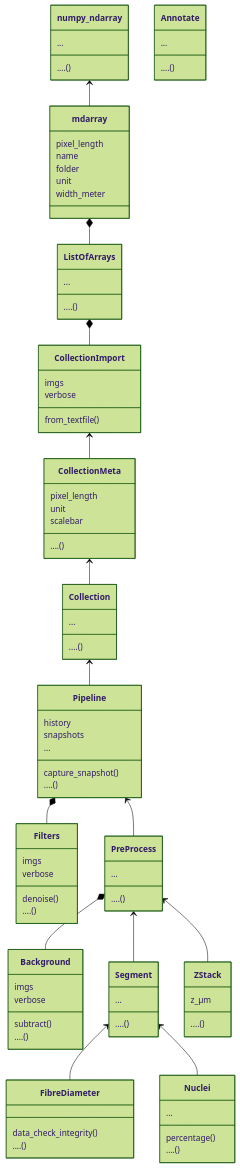
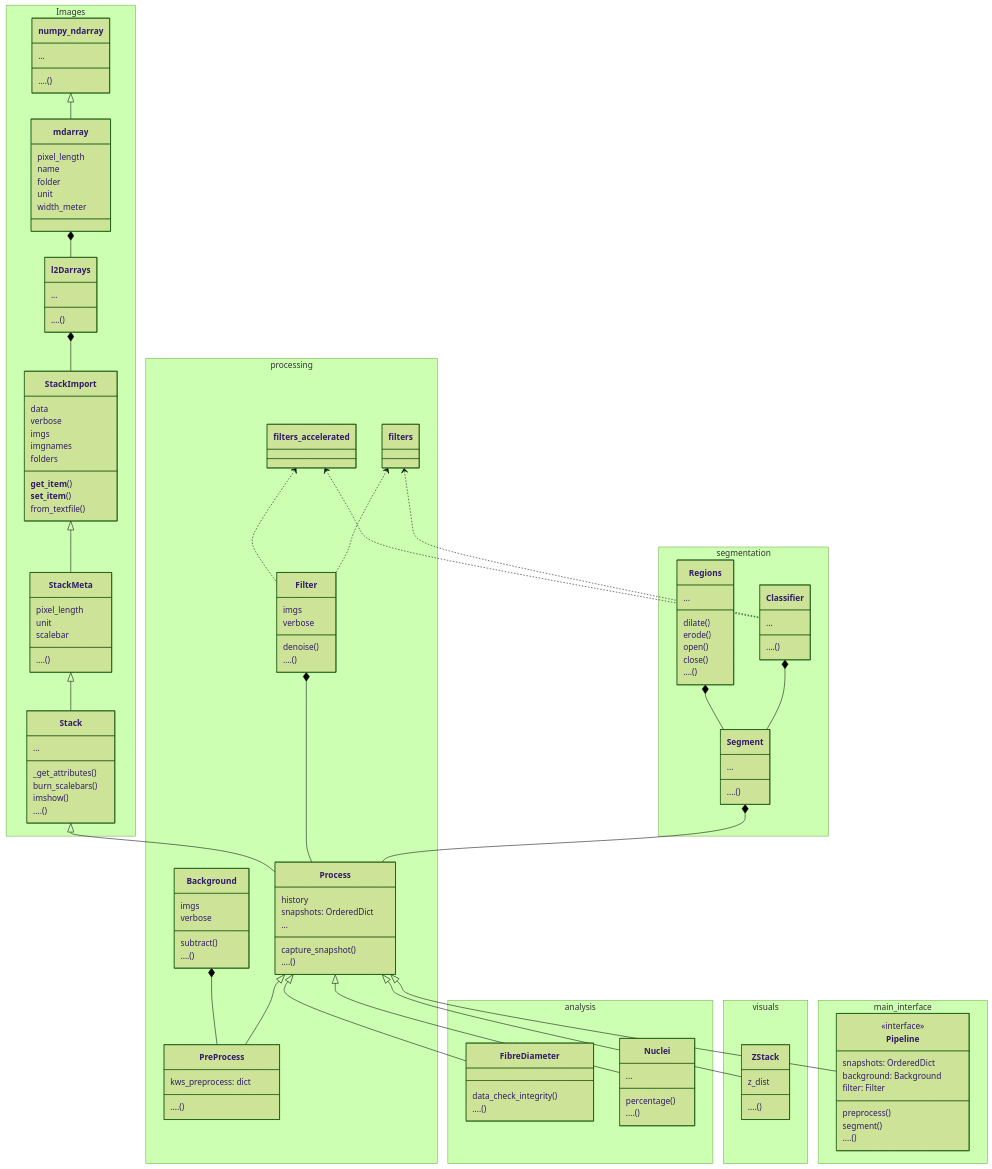
The diagram in README.md (markur4/a_shg_collagen), drawn with Mermaid (forest theme) before and after one commit. The commit also changed other lines of this file and 11 other files, not shown here.

````diff
--- a/README.md
+++ b/README.md
@@ -146,117 +146,158 @@
 
 classDiagram
    
+   %% == Import ======================================================
+   namespace Images {
+      class numpy_ndarray{
+         ...
+         ....()
+      }
+      class mdarray {
+         pixel_length
+         name
+         folder
+         unit
+         width_meter
+      }
+      class l2Darrays{
+         ...
+         ....()
+      }
+      class StackImport {
+         data
+         verbose
+         imgs
+         imgnames
+         folders
+         __get_item__()
+         __set_item__()
+         from_textfile()
+      }
+      class StackMeta{
+         pixel_length
+         unit
+         scalebar
+         ....()
+      }
+      class Stack{
+         ...
+         _get_attributes()
+         burn_scalebars()
+         imshow()
+         ....()
+      }
+   }
+   numpy_ndarray <|-- mdarray
+   mdarray *-- l2Darrays
+   l2Darrays *-- StackImport
+   StackImport <|-- StackMeta
+   StackMeta <|-- Stack
 
+   
+   %% ==================================================================
+   %% == PROCESS =======================================================
+   namespace processing{
+      class filters
+      class filters_accelerated
+      
+      class Filter{
+         imgs
+         verbose
+         denoise()
+         ....()
+      }
+      class Process {
+         history
+         snapshots: OrderedDict
+         ...
+         capture_snapshot()
+         ....()
+      }
+      %% Preprocessing
+      class Background{
+         imgs
+         verbose
+         subtract()
+         ....()
+      }
+      class PreProcess {
+         kws_preprocess: dict
+         ....()
+      }
+   }
+   %% Process
+   Stack <|-- Process
+   
+   filters_accelerated <.. Filter
+   filters <.. Filter
+   Filter *-- Process
+   
+   %% Preprocessing
+   Background *-- PreProcess
+   Process <|-- PreProcess
 
+   %% == Segmentation ==================================================
+   namespace segmentation{
+      class Segment{
+         ...
+         ....()
+      }
+      class Classifier{
+         ...
+         ....()
+      }
+      class Regions{
+         ...
+         dilate()
+         erode()
+         open()
+         close()
+         ....()
+      }
+   }
+   Segment *-- Process
+   Regions *-- Segment 
+   Classifier *-- Segment
+   
+   %% == Analysis ======================================================
+   namespace analysis{
+      class FibreDiameter{
+         data_check_integrity()
+         ....()
+      }
 
-   %% == Import ======================================================
-   class numpy_ndarray{
-      ...
-      ....()
+      class Nuclei{
+         percentage()
+         ...
+         ....()
+      }
    }
-   class mdarray {
-      pixel_length
-      name
-      folder
-      unit
-      width_meter
+   Process <|-- FibreDiameter
+   Process <|-- Nuclei
+   filters_accelerated <.. Classifier
+   filters <.. Classifier
+   
+   %% == Visualize =====================================================
+   namespace visuals{
+      class ZStack{
+         z_dist
+         ....()
+      }
    }
-   numpy_ndarray <-- mdarray
+   Process <|-- ZStack
    
-   class ListOfArrays{
-      ...
-      ....()
+   %% == Interface: Pipeline =========================================
+   namespace main_interface{
+      class Pipeline{
+         <<interface>>
+         snapshots: OrderedDict
+         background: Background
+         filter: Filter
+         preprocess()
+         segment()
+         ....()
+      }
    }
-   mdarray *-- ListOfArrays
+   Process <|-- Pipeline
    
-   class CollectionImport {
-      imgs
-      verbose
-      from_textfile()
-   }
-   ListOfArrays *-- CollectionImport
-   
-   class CollectionMeta{
-      pixel_length
-      unit
-      scalebar
-      ....()
-   }
-   CollectionImport <-- CollectionMeta
-   
-   class Collection{
-      ...
-      ....()
-   }
-   CollectionMeta <-- Collection
-   
-   %% == Preprocessing ==============================================
-
-   class Filters{
-      imgs
-      verbose
-      denoise()
-      ....()
-   }
-   Pipeline *-- Filters
-   
-   class Pipeline {
-      history
-      snapshots
-      ...
-      capture_snapshot()
-      ....()
-   }
-   Collection <-- Pipeline
-
-   class Background{
-      imgs
-      verbose
-      subtract()
-      ....()
-   }
-   PreProcess *-- Background
-   
-   class PreProcess {
-      ...
-      ....()
-   }
-   Pipeline <-- PreProcess
-   
-   class Annotate{
-      ...
-      ....()
-   }
-   class Segment{
-      ...
-      ....()
-   }
-   PreProcess <-- Segment
-   
-   %% == Visualize ===============================================
-   class ZStack{
-      z_µm
-      ....()
-    }
-   PreProcess <-- ZStack
-   
-   %% == Analysis ===============================================
-   class FibreDiameter{
-      data_check_integrity()
-      ....()
-   }
-   Segment <-- FibreDiameter
-
-   class Nuclei{
-      percentage()
-      ...
-      ....()
-   }
-   Segment <-- Nuclei
-
-
-
-
-
-
 ```
````
